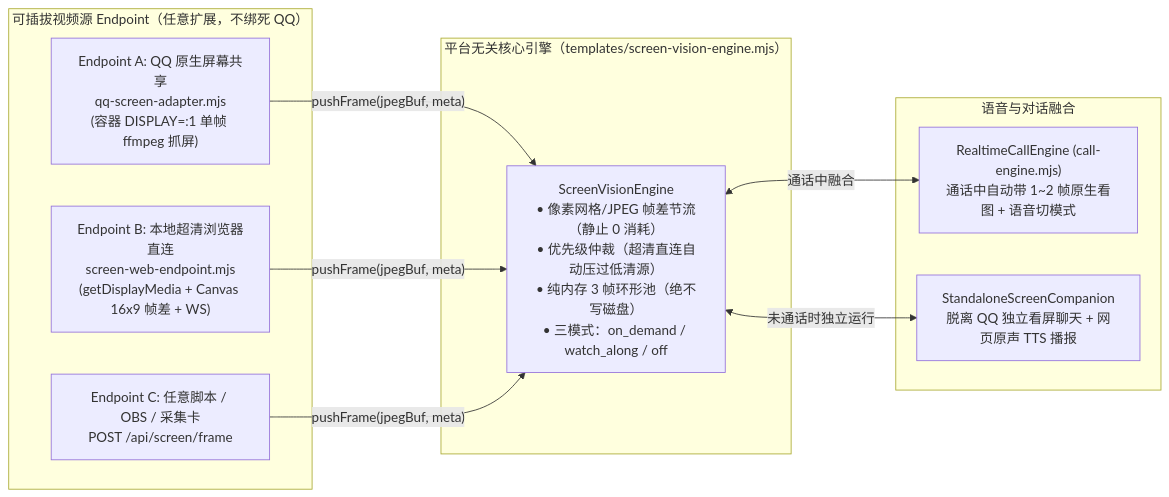
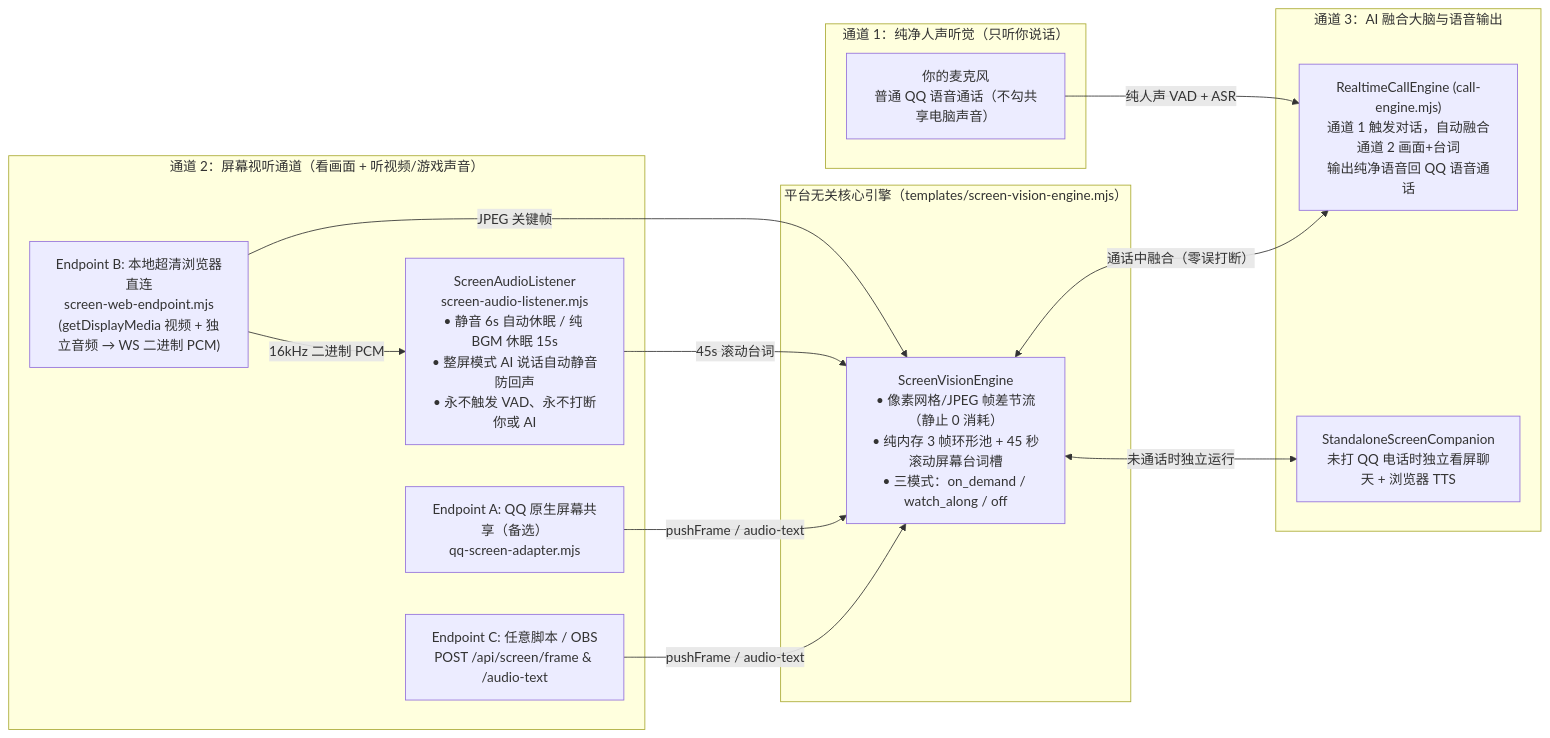
The diagram in screen-vision-module.md (mactawishHui/dsh-chat-pet), drawn with Mermaid before and after one commit. The commit also changed other lines of this file and 6 other files, not shown here.

Commit message:
feat(screen): add physical 3-channel screen audio track and call smoothness tuning

````diff
--- a/screen-vision-module.md
+++ b/screen-vision-module.md
@@ -11,21 +11,29 @@
 ```mermaid
 flowchart LR
-  subgraph Endpoints["可插拔视频源 Endpoint（任意扩展，不绑死 QQ）"]
-    EP1["Endpoint A: QQ 原生屏幕共享<br/>qq-screen-adapter.mjs<br/>(容器 DISPLAY=:1 单帧 ffmpeg 抓屏)"]
-    EP2["Endpoint B: 本地超清浏览器直连<br/>screen-web-endpoint.mjs<br/>(getDisplayMedia + Canvas 16x9 帧差 + WS)"]
-    EP3["Endpoint C: 任意脚本 / OBS / 采集卡<br/>POST /api/screen/frame"]
+  subgraph CH1["通道 1：纯净人声听觉（只听你说话）"]
+    MIC["你的麦克风<br/>普通 QQ 语音通话（不勾共享电脑声音）"]
+  end
+
+  subgraph CH2["通道 2：屏幕视听通道（看画面 + 听视频/游戏声音）"]
+    EP2["Endpoint B: 本地超清浏览器直连<br/>screen-web-endpoint.mjs<br/>(getDisplayMedia 视频 + 独立音频 → WS 二进制 PCM)"]
+    EP1["Endpoint A: QQ 原生屏幕共享（备选）<br/>qq-screen-adapter.mjs"]
+    EP3["Endpoint C: 任意脚本 / OBS<br/>POST /api/screen/frame & /audio-text"]
+    AL["ScreenAudioListener<br/>screen-audio-listener.mjs<br/>• 静音 6s 自动休眠 / 纯 BGM 休眠 15s<br/>• 整屏模式 AI 说话自动静音防回声<br/>• 永不触发 VAD、永不打断你或 AI"]
   end
 
   subgraph Core["平台无关核心引擎（templates/screen-vision-engine.mjs）"]
-    SV["ScreenVisionEngine<br/>• 像素网格/JPEG 帧差节流（静止 0 消耗）<br/>• 优先级仲裁（超清直连自动压过低清源）<br/>• 纯内存 3 帧环形池（绝不写磁盘）<br/>• 三模式：on_demand / watch_along / off"]
+    SV["ScreenVisionEngine<br/>• 像素网格/JPEG 帧差节流（静止 0 消耗）<br/>• 纯内存 3 帧环形池 + 45 秒滚动屏幕台词槽<br/>• 三模式：on_demand / watch_along / off"]
   end
 
-  subgraph Brain["语音与对话融合"]
-    CE["RealtimeCallEngine (call-engine.mjs)<br/>通话中自动带 1~2 帧原生看图 + 语音切模式"]
-    SA["StandaloneScreenCompanion<br/>脱离 QQ 独立看屏聊天 + 网页原声 TTS 播报"]
+  subgraph CH3["通道 3：AI 融合大脑与语音输出"]
+    CE["RealtimeCallEngine (call-engine.mjs)<br/>通道 1 触发对话，自动融合通道 2 画面+台词<br/>输出纯净语音回 QQ 语音通话"]
+    SA["StandaloneScreenCompanion<br/>未打 QQ 电话时独立看屏聊天 + 浏览器 TTS"]
   end
 
-  EP1 & EP2 & EP3 -->|"pushFrame(jpegBuf, meta)"| SV
-  SV <-->|"通话中融合"| CE
+  MIC -->|"纯人声 VAD + ASR"| CE
+  EP2 -->|"JPEG 关键帧"| SV
+  EP2 -->|"16kHz 二进制 PCM"| AL -->|"45s 滚动台词"| SV
+  EP1 & EP3 -->|"pushFrame / audio-text"| SV
+  SV <-->|"通话中融合（零误打断）"| CE
   SV <-->|"未通话时独立运行"| SA
 ```
````
